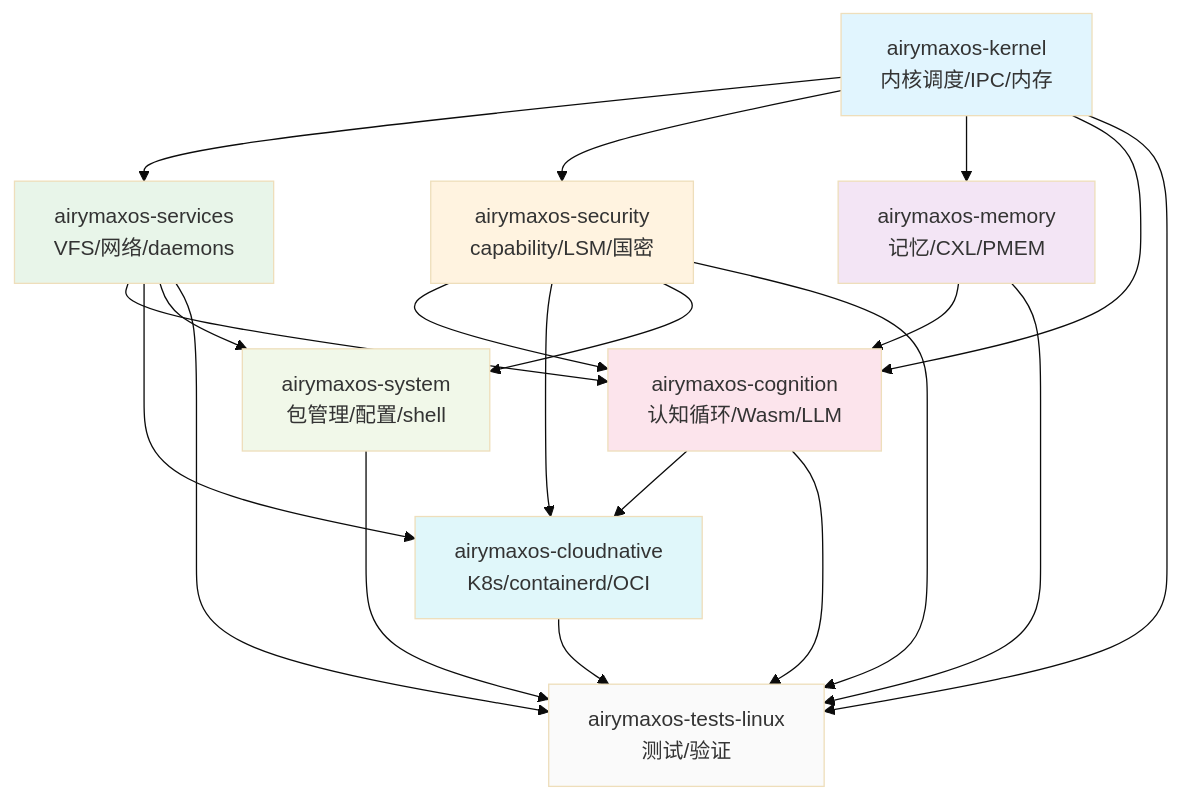
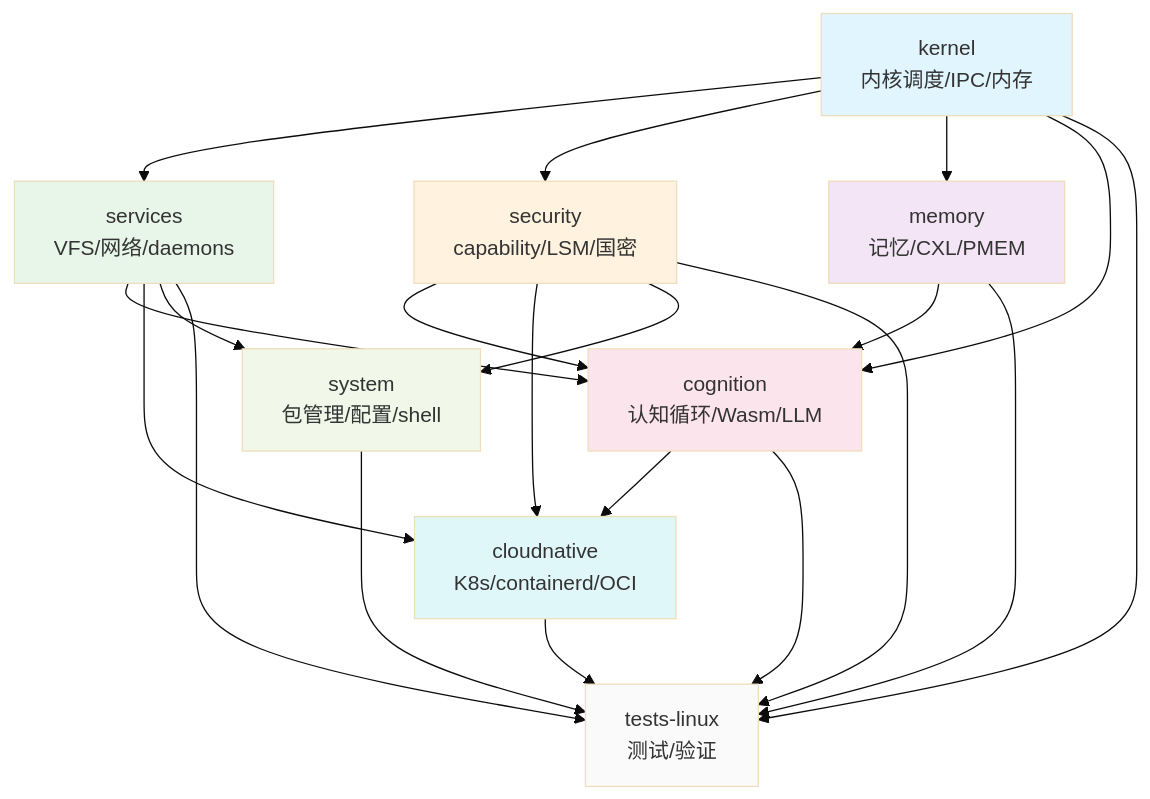
The first of 2 diagrams in AirymaxOS/00-requirements/02-functional-requirements.md (SpharxTeam/Docs), drawn with Mermaid (base theme) before and after one commit. The commit also changed other lines of this file and 217 other files, not shown here.

````diff
--- a/AirymaxOS/00-requirements/02-functional-requirements.md
+++ b/AirymaxOS/00-requirements/02-functional-requirements.md
@@ -197,40 +197,40 @@
 ```mermaid
 graph TB
-    KERNEL[airymaxos-kernel<br/>内核调度/IPC/内存]
-    SERVICES[airymaxos-services<br/>VFS/网络/daemons]
-    SECURITY[airymaxos-security<br/>capability/LSM/国密]
-    MEMORY[airymaxos-memory<br/>记忆/CXL/PMEM]
-    COGNITION[airymaxos-cognition<br/>认知循环/Wasm/LLM]
-    CLOUD[airymaxos-cloudnative<br/>K8s/containerd/OCI]
-    SYSTEM[airymaxos-system<br/>包管理/配置/shell]
-    TESTS[airymaxos-tests-linux<br/>测试/验证]
+    KERNEL[kernel<br/>内核调度/IPC/内存]
+    SERVICES[services<br/>VFS/网络/daemons]
+    SECURITY[security<br/>capability/LSM/国密]
+    MEMORY[memory<br/>记忆/CXL/PMEM]
+    COGNITION[cognition<br/>认知循环/Wasm/LLM]
+    CLOUD[cloudnative<br/>K8s/containerd/OCI]
+    SYSTEM[system<br/>包管理/配置/shell]
+    TESTS[tests-linux<br/>测试/验证]
 
     KERNEL --> SERVICES
     KERNEL --> SECURITY
     KERNEL --> MEMORY
     KERNEL --> COGNITION
     SERVICES --> COGNITION
     SERVICES --> CLOUD
     SECURITY --> COGNITION
     SECURITY --> CLOUD
     MEMORY --> COGNITION
     COGNITION --> CLOUD
     SERVICES --> SYSTEM
     SECURITY --> SYSTEM
     KERNEL --> TESTS
     SERVICES --> TESTS
     SECURITY --> TESTS
     MEMORY --> TESTS
     COGNITION --> TESTS
     CLOUD --> TESTS
     SYSTEM --> TESTS
 
     style KERNEL fill:#e1f5fe
     style SERVICES fill:#e8f5e9
     style SECURITY fill:#fff3e0
     style MEMORY fill:#f3e5f5
     style COGNITION fill:#fce4ec
     style CLOUD fill:#e0f7fa
     style SYSTEM fill:#f1f8e9
     style TESTS fill:#fafafa
 ```
````
